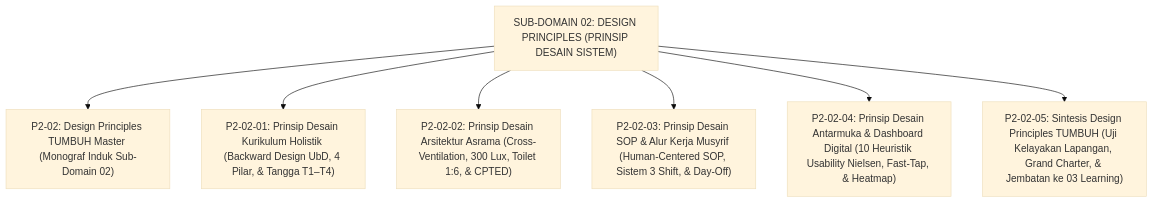
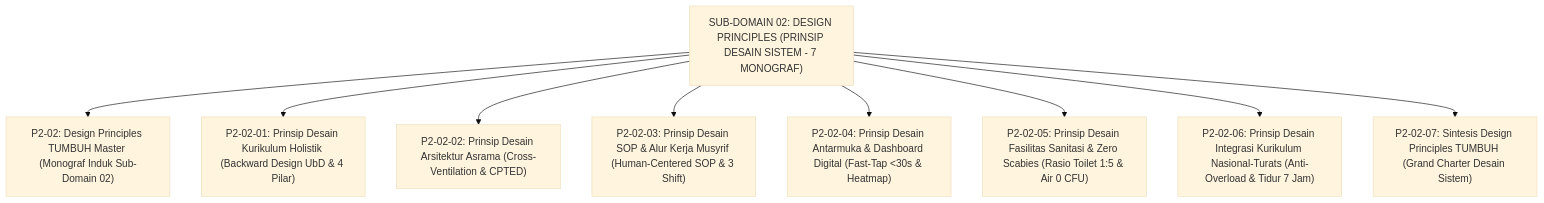
The diagram in 02 Principles/02 Design Principles/README.md (wandiapriliyandi/tumbuh), drawn with Mermaid (base theme) before and after one commit. The commit also changed other lines of this file and 32 other files, not shown here.

Commit message:
feat(principles): expand organically Domain 02 Principles with non-uniform deep monographs (62 files total, max 10/sub-domain)

````diff
--- a/02 Principles/02 Design Principles/README.md
+++ b/02 Principles/02 Design Principles/README.md
@@ -14,11 +14,13 @@
 ```mermaid
 graph TD
-    Design["SUB-DOMAIN 02: DESIGN PRINCIPLES (PRINSIP DESAIN SISTEM)"]
+    Design["SUB-DOMAIN 02: DESIGN PRINCIPLES (PRINSIP DESAIN SISTEM - 7 MONOGRAF)"]
     
     Design --> Master["P2-02: Design Principles TUMBUH Master (Monograf Induk Sub-Domain 02)"]
-    Design --> M1["P2-02-01: Prinsip Desain Kurikulum Holistik (Backward Design UbD, 4 Pilar, & Tangga T1–T4)"]
-    Design --> M2["P2-02-02: Prinsip Desain Arsitektur Asrama (Cross-Ventilation, 300 Lux, Toilet 1:6, & CPTED)"]
-    Design --> M3["P2-02-03: Prinsip Desain SOP & Alur Kerja Musyrif (Human-Centered SOP, Sistem 3 Shift, & Day-Off)"]
-    Design --> M4["P2-02-04: Prinsip Desain Antarmuka & Dashboard Digital (10 Heuristik Usability Nielsen, Fast-Tap, & Heatmap)"]
-    Design --> M5["P2-02-05: Sintesis Design Principles TUMBUH (Uji Kelayakan Lapangan, Grand Charter, & Jembatan ke 03 Learning)"]
+    Design --> M1["P2-02-01: Prinsip Desain Kurikulum Holistik (Backward Design UbD & 4 Pilar)"]
+    Design --> M2["P2-02-02: Prinsip Desain Arsitektur Asrama (Cross-Ventilation & CPTED)"]
+    Design --> M3["P2-02-03: Prinsip Desain SOP & Alur Kerja Musyrif (Human-Centered SOP & 3 Shift)"]
+    Design --> M4["P2-02-04: Prinsip Desain Antarmuka & Dashboard Digital (Fast-Tap <30s & Heatmap)"]
+    Design --> M5["P2-02-05: Prinsip Desain Fasilitas Sanitasi & Zero Scabies (Rasio Toilet 1:5 & Air 0 CFU)"]
+    Design --> M6["P2-02-06: Prinsip Desain Integrasi Kurikulum Nasional-Turats (Anti-Overload & Tidur 7 Jam)"]
+    Design --> M7["P2-02-07: Sintesis Design Principles TUMBUH (Grand Charter Desain Sistem)"]
 ```
````
